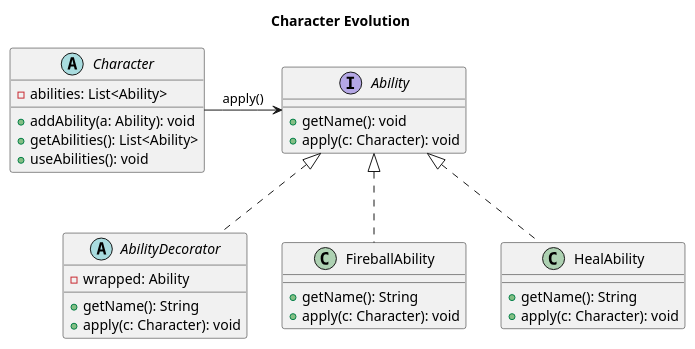
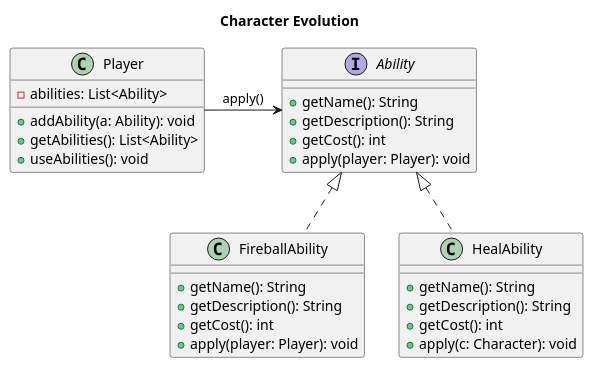
One commit to samMM-cs/iss-team2 changed the diagram in user_stories_pml/Character_evolution.puml. Above: the diagram before and after it, drawn with PlantUML. The commit also changed 20 other files, not shown here.

```diff
--- a/user_stories_pml/Character_evolution.puml
+++ b/user_stories_pml/Character_evolution.puml
@@ -1,32 +1,33 @@
 @startuml US18
 title Character Evolution
-'Uso il pattern Decorator per estendere dinamicamente la capacità del personaggio senza modificare la classe base. Le nuove abilità verranno aggiunte alla lista'
+'Il Strategy Pattern è utilizzato per modellare le abilità come comportamenti intercambiabili, permettendo al Player di variare dinamicamente il proprio comportamento senza modificare la sua struttura.'
+
 interface Ability{
-    +getName(): void
-    +apply(c: Character): void
+    +getName(): String
+    +getDescription(): String
+    +getCost(): int
+    +apply(player: Player): void
 }
 
-abstract class Character{
+class Player{
     - abilities: List<Ability>
     +addAbility(a: Ability): void
     +getAbilities(): List<Ability>
     +useAbilities(): void
 }
-abstract class AbilityDecorator implements Ability{
-    -wrapped: Ability
-    +getName(): String
-    +apply(c: Character): void
-}
-
 class FireballAbility implements Ability{
     +getName(): String
-    +apply(c: Character): void
+    +getDescription(): String
+    +getCost(): int
+    +apply(player: Player): void
 }
 
 class HealAbility implements Ability{
     +getName(): String
+    +getDescription(): String
+    +getCost(): int
     +apply(c: Character): void
 }
 
-Character->Ability: apply()
+Player->Ability: apply()
 @enduml
```
